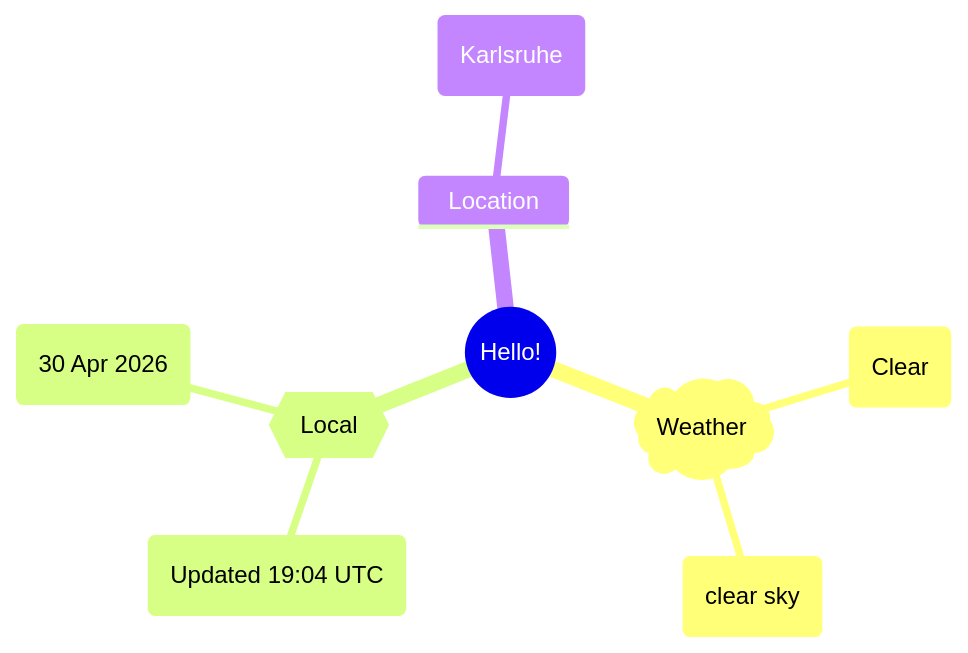
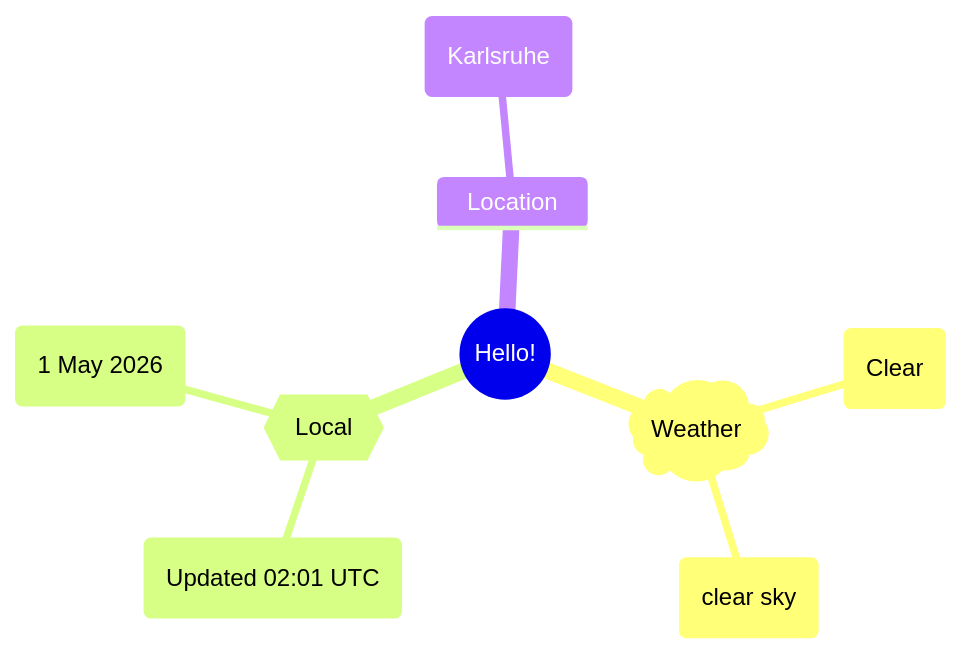
The first of 2 diagrams in README.md (Xosrov/Xosrov), drawn with Mermaid before and after one commit.

Commit message:
[bot] updated images

````diff
--- a/README.md
+++ b/README.md
@@ -3,12 +3,12 @@
 ```mermaid
 mindmap
   root((Hello!))
     )Weather(
         (Clear)
         (clear sky)
     {{Local}}
-        (Updated 19:04 UTC)
-        (30 Apr 2026)
+        (Updated 02:01 UTC)
+        (1 May 2026)
     Location
         (Karlsruhe)
 ```
````
